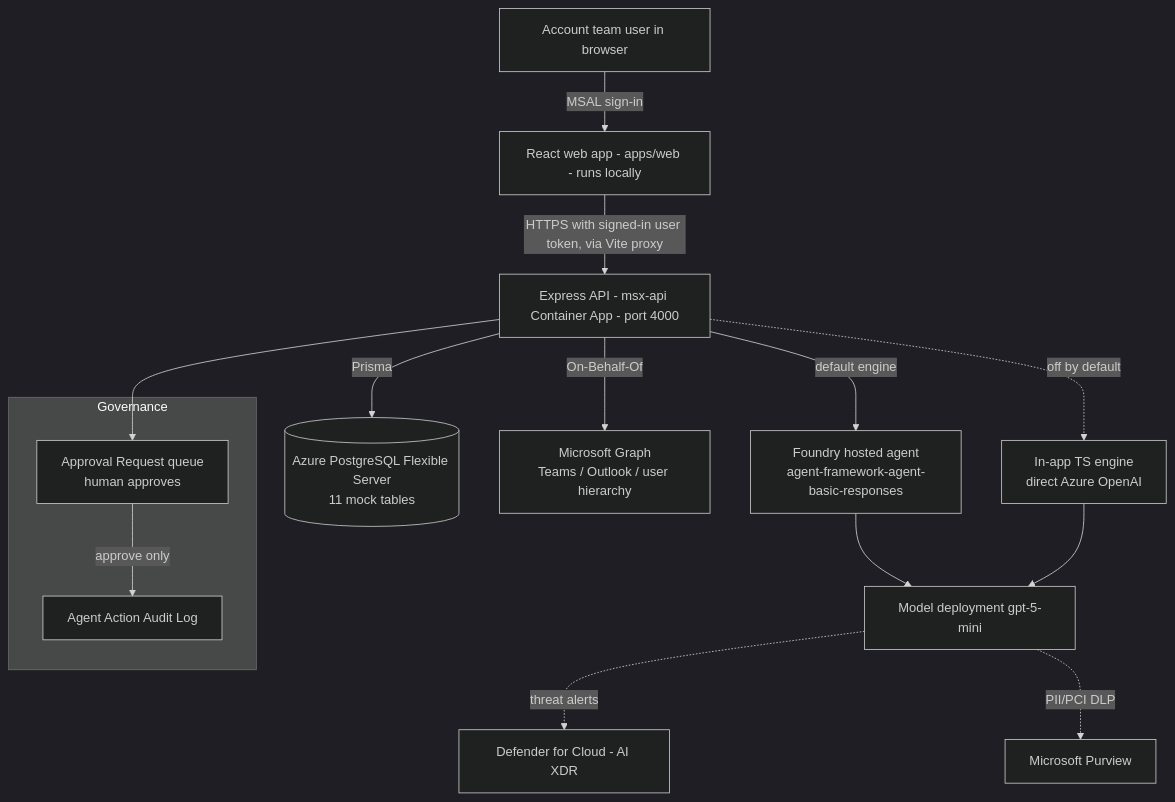
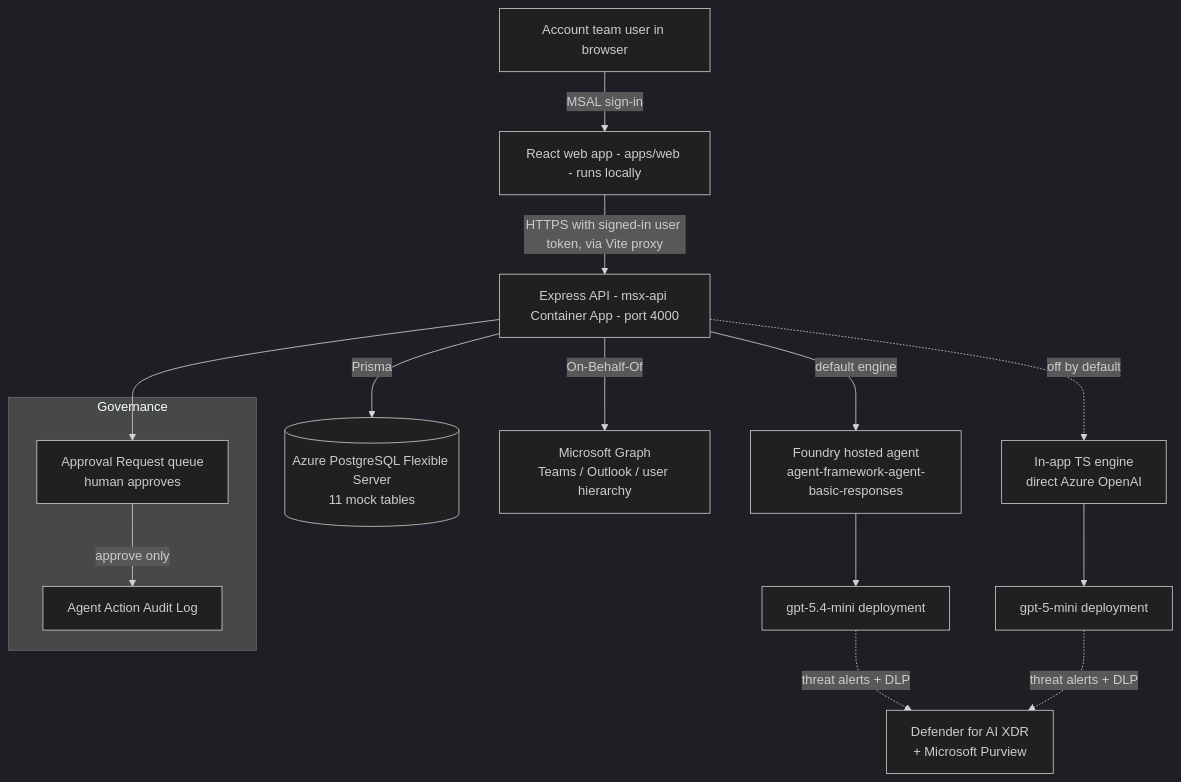
The diagram in HANDOFF.md (amandatranMS/Project), drawn with Mermaid (dark theme) before and after one commit. The commit also changed other lines of this file and 1 other file, not shown here.

First line of the commit message:
Correct the model name in HANDOFF and make it easier to read

````diff
--- a/HANDOFF.md
+++ b/HANDOFF.md
@@ -66,22 +67,22 @@
 ```mermaid
 flowchart TD
     U[Account team user in browser] -->|MSAL sign-in| W[React web app - apps/web - runs locally]
     W -->|HTTPS with signed-in user token, via Vite proxy| API[Express API - msx-api Container App - port 4000]
 
     API -->|Prisma| DB[(Azure PostgreSQL Flexible Server<br/>11 mock tables)]
     API -->|default engine| FA[Foundry hosted agent<br/>agent-framework-agent-basic-responses]
     API -.->|off by default| INAPP[In-app TS engine<br/>direct Azure OpenAI]
-    FA --> MODEL[Model deployment gpt-5-mini]
-    INAPP --> MODEL
+    FA --> M1[gpt-5.4-mini deployment]
+    INAPP --> M2[gpt-5-mini deployment]
 
     API -->|On-Behalf-Of| GRAPH[Microsoft Graph<br/>Teams / Outlook / user hierarchy]
-    MODEL -.->|threat alerts| DEF[Defender for Cloud - AI XDR]
-    MODEL -.->|PII/PCI DLP| PUR[Microsoft Purview]
+    M1 -.->|threat alerts + DLP| SEC[Defender for AI XDR<br/>+ Microsoft Purview]
+    M2 -.->|threat alerts + DLP| SEC
 
     subgraph Governance
       APR[Approval Request queue<br/>human approves]
       AUD[Agent Action Audit Log]
     end
     API --> APR
     APR -->|approve only| AUD
 ```
````
